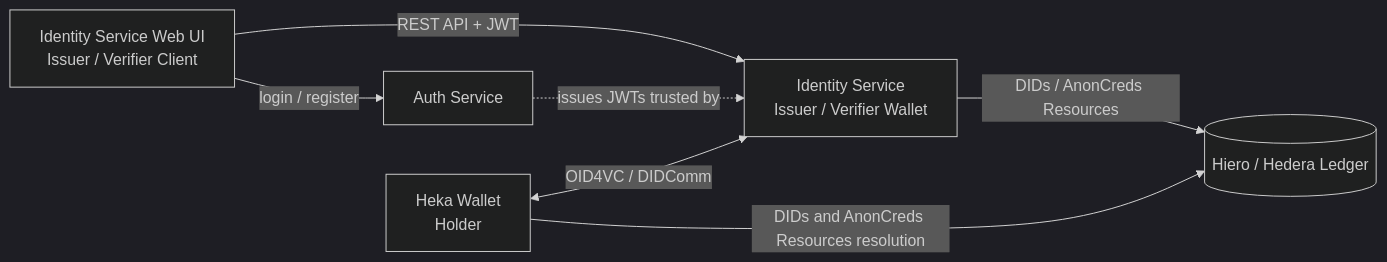
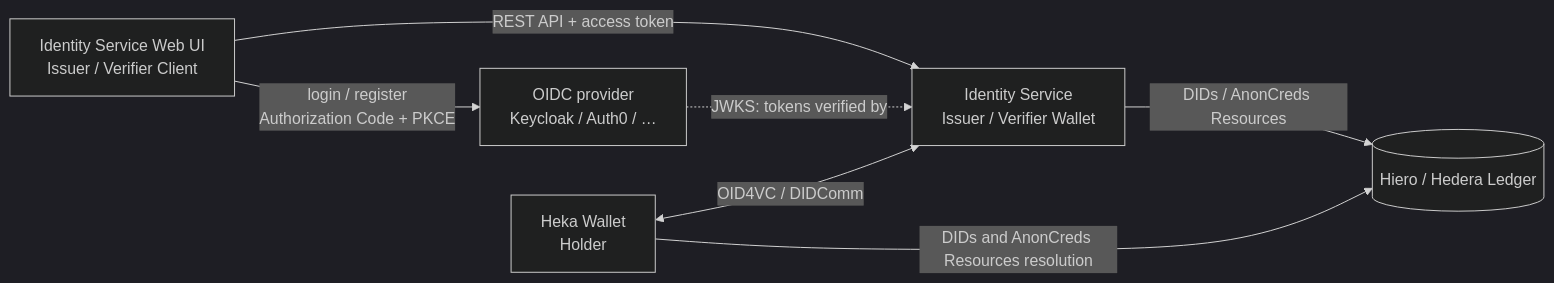
One commit to hiero-ledger/heka-identity-platform changed the diagram in README.md. Above: the diagram before and after it, drawn with Mermaid (dark theme). The commit also changed other lines of this file and 265 other files, not shown here.

First line of the commit message:
Replace auth service (#62)

````diff
--- a/README.md
+++ b/README.md
@@ -25,15 +25,15 @@
 ```mermaid
 flowchart LR
     Wallet[Heka Wallet<br/>Holder]
     WebUI[Identity Service Web UI<br/>Issuer / Verifier Client]
-    Auth[Auth Service]
+    OIDC[OIDC provider<br/>Keycloak / Auth0 / …]
     IS[Identity Service<br/>Issuer / Verifier Wallet]
     Hedera[(Hiero / Hedera Ledger)]
 
-    WebUI -->|login / register| Auth
-    WebUI -->|REST API + JWT| IS
-    Auth -.->|issues JWTs trusted by| IS
+    WebUI -->|login / register<br/>Authorization Code + PKCE| OIDC
+    WebUI -->|REST API + access token| IS
+    OIDC -.->|JWKS: tokens verified by| IS
     Wallet <-->|OID4VC / DIDComm| IS
     IS -->|DIDs / AnonCreds Resources| Hedera
     Wallet -->|DIDs and AnonCreds Resources resolution| Hedera
 ```
````
